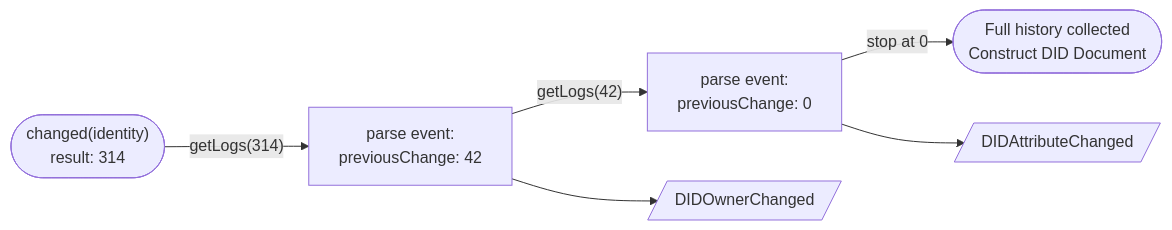
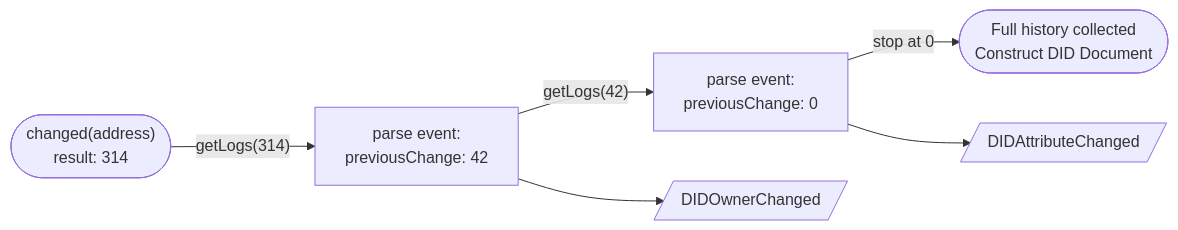
Before and after one commit to mirceanis/ethr-intro: the second of 2 diagrams in public/slides.md, drawn with Mermaid. The commit also changed other lines of this file and 1 other file, not shown here.

````diff
--- a/public/slides.md
+++ b/public/slides.md
@@ -333,8 +346,8 @@
 ```mermaid
 flowchart LR
-    start(["changed(identity)<br/>result: 314"]) -->|"getLogs(314)"| event2["parse event:<br/>previousChange: 42"]
+    start(["changed(address)<br/>result: 314"]) -->|"getLogs(314)"| event2["parse event:<br/>previousChange: 42"]
     event2 -->|"getLogs(42)"| event1["parse event:<br/>previousChange: 0"]
     event2 --> e2type[/DIDOwnerChanged/]
     event1 -->|stop at 0| stop(["Full history collected<br/>Construct DID Document"])
     event1 --> e1type[/DIDAttributeChanged/]
 ```
````
